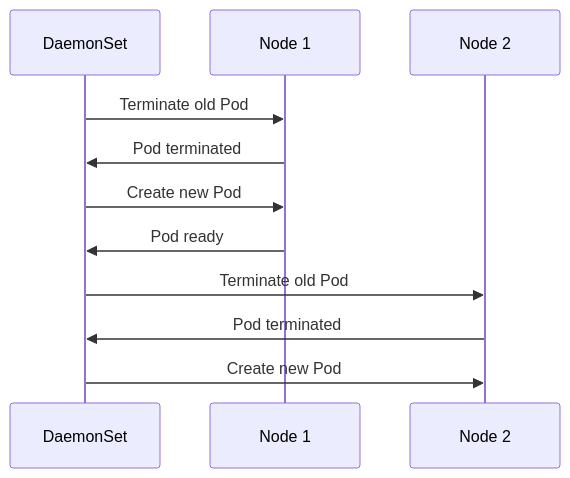
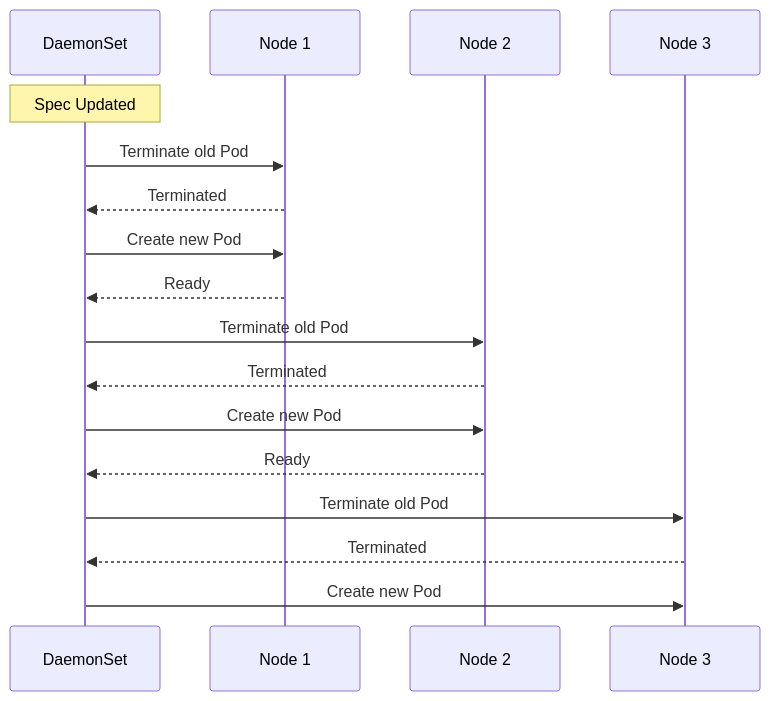
One commit to courselabs/kubernetes changed diagram 12 of 18 in slides/daemonsets/slides.md. Above: the diagram before and after it, drawn with Mermaid. The commit also changed other lines of this file and 7 other files, not shown here.

````diff
--- a/slides/daemonsets/slides.md
+++ b/slides/daemonsets/slides.md
@@ -526,13 +607,22 @@
 ```mermaid
 sequenceDiagram
     participant DS as DaemonSet
     participant N1 as Node 1
     participant N2 as Node 2
+    participant N3 as Node 3
+
+    Note over DS: Spec Updated
     DS->>N1: Terminate old Pod
-    N1->>DS: Pod terminated
+    N1-->>DS: Terminated
     DS->>N1: Create new Pod
-    N1->>DS: Pod ready
+    N1-->>DS: Ready
+
     DS->>N2: Terminate old Pod
-    N2->>DS: Pod terminated
+    N2-->>DS: Terminated
     DS->>N2: Create new Pod
+    N2-->>DS: Ready
+
+    DS->>N3: Terminate old Pod
+    N3-->>DS: Terminated
+    DS->>N3: Create new Pod
 ```
````
